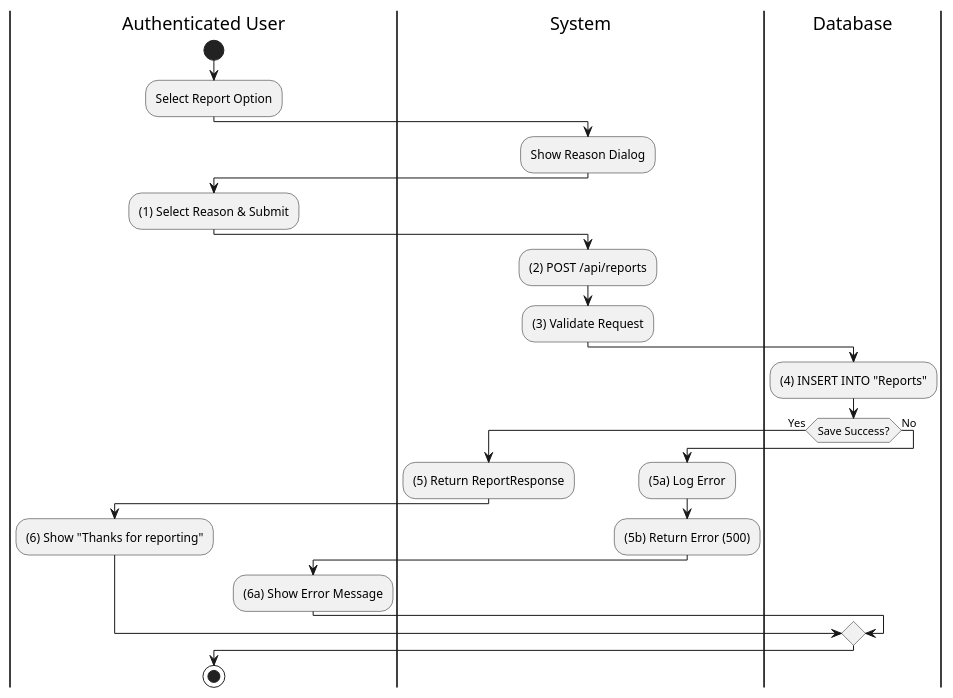
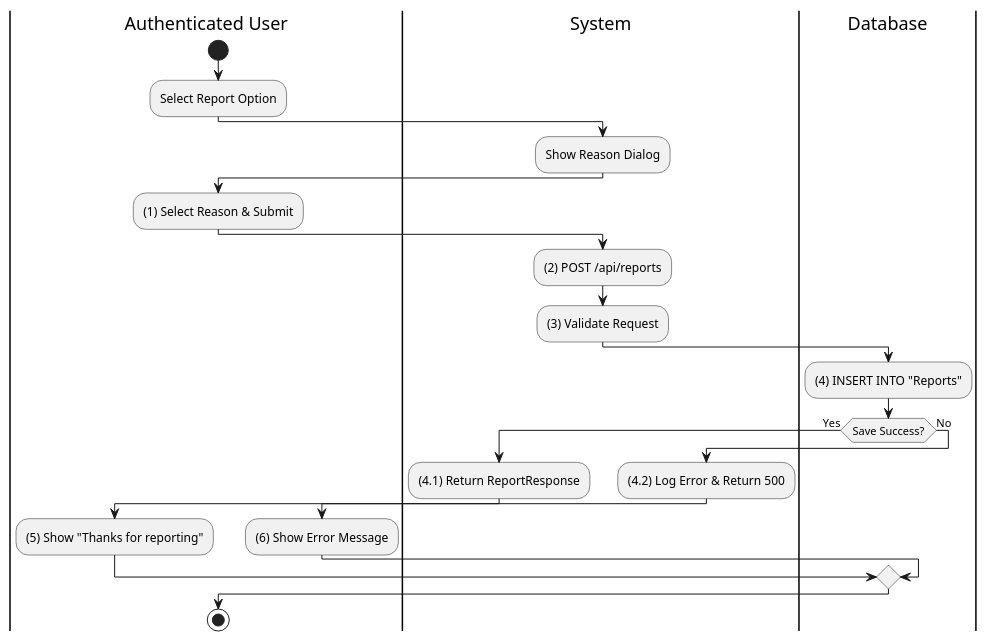
Before and after one commit to I-Love-U-3000/Favi-BE: the third of 6 diagrams in UC_2.1.10_Supervise_Content.md, drawn with PlantUML. The commit also changed other lines of this file and 36 other files, not shown here.

````diff
--- a/UC_2.1.10_Supervise_Content.md
+++ b/UC_2.1.10_Supervise_Content.md
@@ -37,29 +97,28 @@
 ```plantuml
 @startuml
 |Authenticated User|
 start
 :Select Report Option;
 |System|
 :Show Reason Dialog;
 |Authenticated User|
 :(1) Select Reason & Submit;
 |System|
 :(2) POST /api/reports;
 :(3) Validate Request;
 |Database|
 :(4) INSERT INTO "Reports";
 if (Save Success?) then (Yes)
   |System|
-  :(5) Return ReportResponse;
+  :(4.1) Return ReportResponse;
   |Authenticated User|
-  :(6) Show "Thanks for reporting";
+  :(5) Show "Thanks for reporting";
 else (No)
   |System|
-  :(5a) Log Error;
-  :(5b) Return Error (500);
+  :(4.2) Log Error & Return 500;
   |Authenticated User|
-  :(6a) Show Error Message;
+  :(6) Show Error Message;
 endif
 stop
 @enduml
 ```
````
